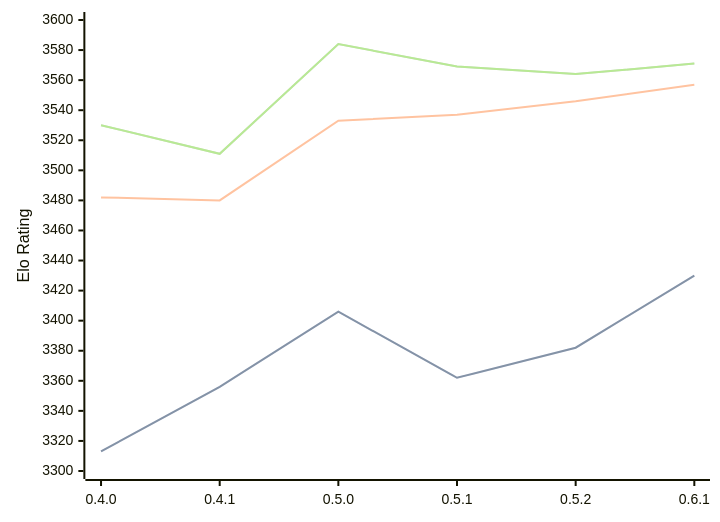
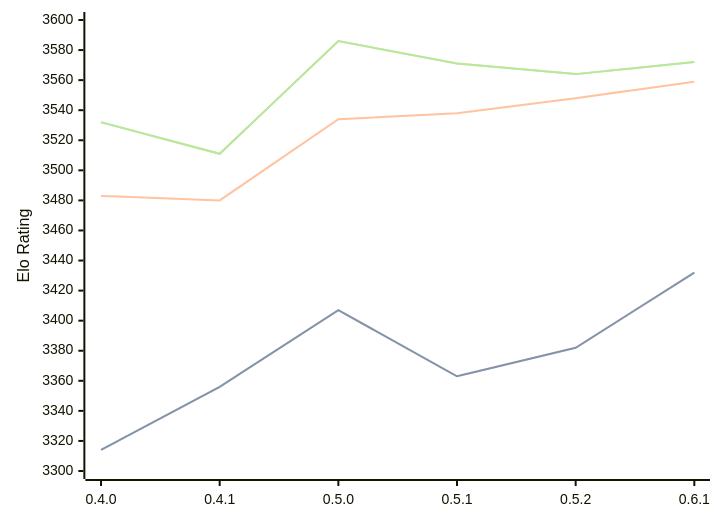
One commit to computer-chess-index/cci changed the diagram in engines/Cinder.md. Above: the diagram before and after it, drawn with Mermaid. The commit also changed other lines of this file, not shown here.

Commit message:
Update CCI Ratings (ELO VLTC) - 2026-09-09

````diff
--- a/engines/Cinder.md
+++ b/engines/Cinder.md
@@ -37,11 +37,11 @@
 ```mermaid
 %%{init: {"theme":"base","themeVariables":{"seriesColors:['#a3a3a3','#222221','#faa371']}}}%%
 xychart-beta
   x-axis ["0.4.0", "0.4.1", "0.5.0", "0.5.1", "0.5.2", "0.6.1"]
   y-axis "Elo Rating" 3300 --> 3600
-  line "" [3313, 3356, 3406, 3362, 3382, 3430]
-  line "STC (8.0+0.08s)" [3313, 3356, 3406, 3362, 3382, 3430]
-  line "LTC (60.0+0.60s)" [3482, 3480, 3533, 3537, 3546, 3557]
-  line "" [3530, 3511, 3584, 3569, 3564, 3571]
-  line "VLTC (2m24s+1.12s)" [3530, 3511, 3584, 3569, 3564, 3571]
+  line "" [3314, 3356, 3407, 3363, 3382, 3432]
+  line "STC (8.0+0.08s)" [3314, 3356, 3407, 3363, 3382, 3432]
+  line "LTC (60.0+0.60s)" [3483, 3480, 3534, 3538, 3548, 3559]
+  line "" [3532, 3511, 3586, 3571, 3564, 3572]
+  line "VLTC (2m24s+1.12s)" [3532, 3511, 3586, 3571, 3564, 3572]
 ```
````
